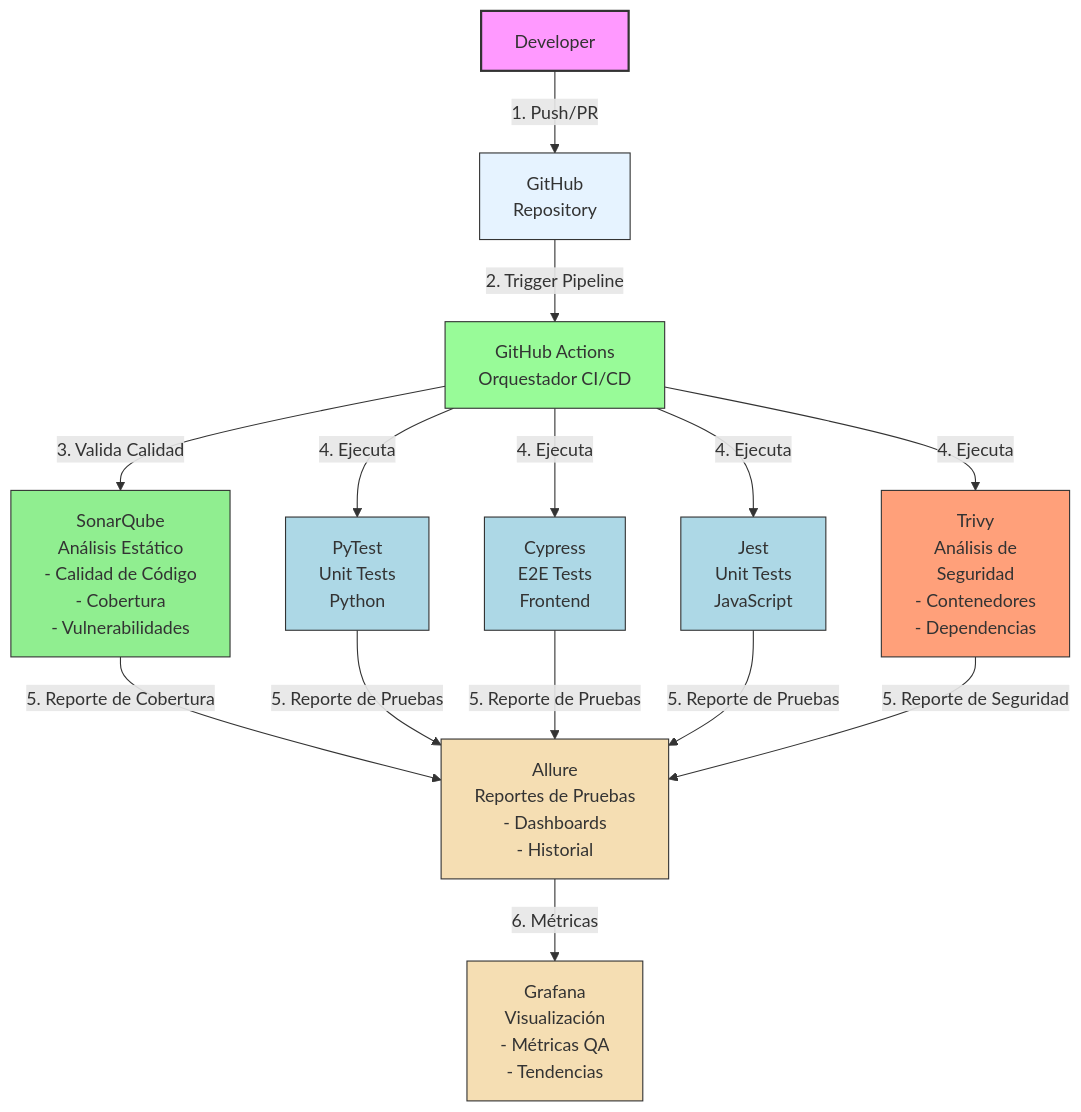
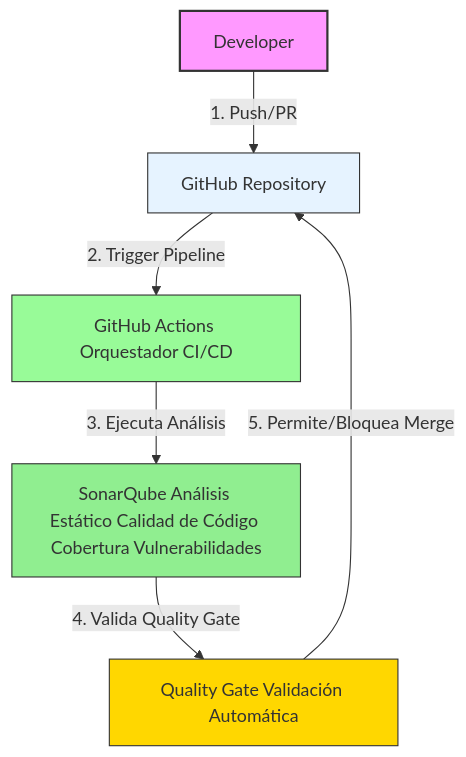
The diagram in README.md (DavCoder22/QAG2), drawn with Mermaid before and after one commit. The commit also changed other lines of this file, not shown here.

Commit message:
fix: simplify README to only include GitHub Actions and SonarQube

````diff
--- a/README.md
+++ b/README.md
@@ -10,39 +10,20 @@
 ```mermaid
 flowchart TD
-    %% --- Estilos ---
     classDef developer fill:#f9f,stroke:#333,stroke-width:2px;
     classDef repo fill:#e6f3ff,stroke:#333;
     classDef orchestration fill:#98fb98,stroke:#333;
     classDef analysis fill:#90ee90,stroke:#333;
-    classDef testing fill:#add8e6,stroke:#333;
-    classDef security fill:#ffa07a,stroke:#333;
-    classDef reporting fill:#f5deb3,stroke:#333;
-    classDef visualization fill:#ffe4b5,stroke:#333;
+    classDef quality fill:#ffd700,stroke:#333;
 
-    %% --- Nodos ---
     A[Developer]:::developer
-    B[GitHub\nRepository]:::repo
-    C[GitHub Actions\nOrquestador CI/CD]:::orchestration
-    D[SonarQube\nAnálisis Estático\n- Calidad de Código\n- Cobertura\n- Vulnerabilidades]:::analysis
-    E[PyTest\nUnit Tests\nPython]:::testing
-    F[Cypress\nE2E Tests\nFrontend]:::testing
-    G[Jest\nUnit Tests\nJavaScript]:::testing
-    H[Trivy\nAnálisis de\nSeguridad\n- Contenedores\n- Dependencias]:::security
-    I[Allure\nReportes de Pruebas\n- Dashboards\n- Historial]:::reporting
-    J[Grafana\nVisualización\n- Métricas QA\n- Tendencias]:::reporting
+    B[GitHub Repository]:::repo
+    C[GitHub Actions Orquestador CI/CD]:::orchestration
+    D[SonarQube Análisis Estático Calidad de Código Cobertura Vulnerabilidades]:::analysis
+    E[Quality Gate Validación Automática]:::quality
 
-    %% --- Conexiones ---
     A -->|1. Push/PR| B
     B -->|2. Trigger Pipeline| C
-    C -->|3. Valida Calidad| D
-    C -->|4. Ejecuta| E
-    C -->|4. Ejecuta| F
-    C -->|4. Ejecuta| G
-    C -->|4. Ejecuta| H
-    D -->|5. Reporte de Cobertura| I
-    E -->|5. Reporte de Pruebas| I
-    F -->|5. Reporte de Pruebas| I
-    G -->|5. Reporte de Pruebas| I
-    H -->|5. Reporte de Seguridad| I
-    I -->|6. Métricas| J
+    C -->|3. Ejecuta Análisis| D
+    D -->|4. Valida Quality Gate| E
+    E -->|5. Permite/Bloquea Merge| B
 ```
````
